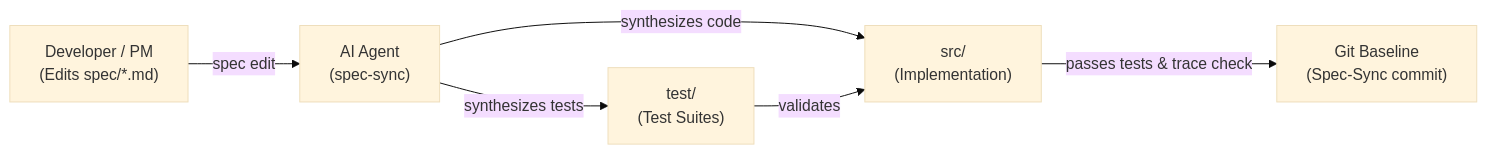
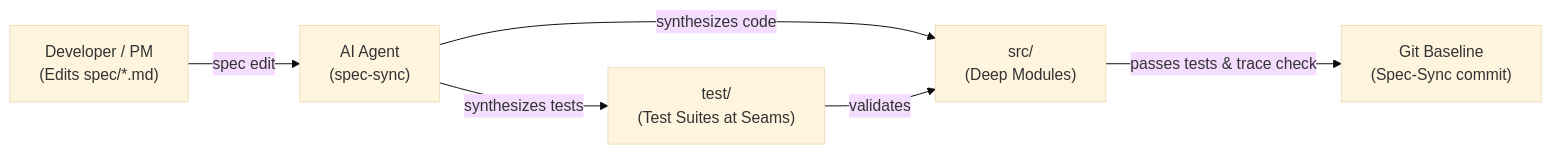
Before and after one commit to junov/SpecDrive: the diagram in README.md, drawn with Mermaid (base theme). The commit also changed other lines of this file and 11 other files, not shown here.

````diff
--- a/README.md
+++ b/README.md
@@ -63,15 +33,8 @@
 ```mermaid
-
 flowchart LR
-
     A["Developer / PM\n(Edits spec/*.md)"] -->|spec edit| B["AI Agent\n(spec-sync)"]
-
-    B -->|synthesizes tests| C["test/\n(Test Suites)"]
-
-    B -->|synthesizes code| D["src/\n(Implementation)"]
-
+    B -->|synthesizes tests| C["test/\n(Test Suites at Seams)"]
+    B -->|synthesizes code| D["src/\n(Deep Modules)"]
     C -->|validates| D
-
     D -->|passes tests & trace check| E["Git Baseline\n(Spec-Sync commit)"]
-
 ```
````
